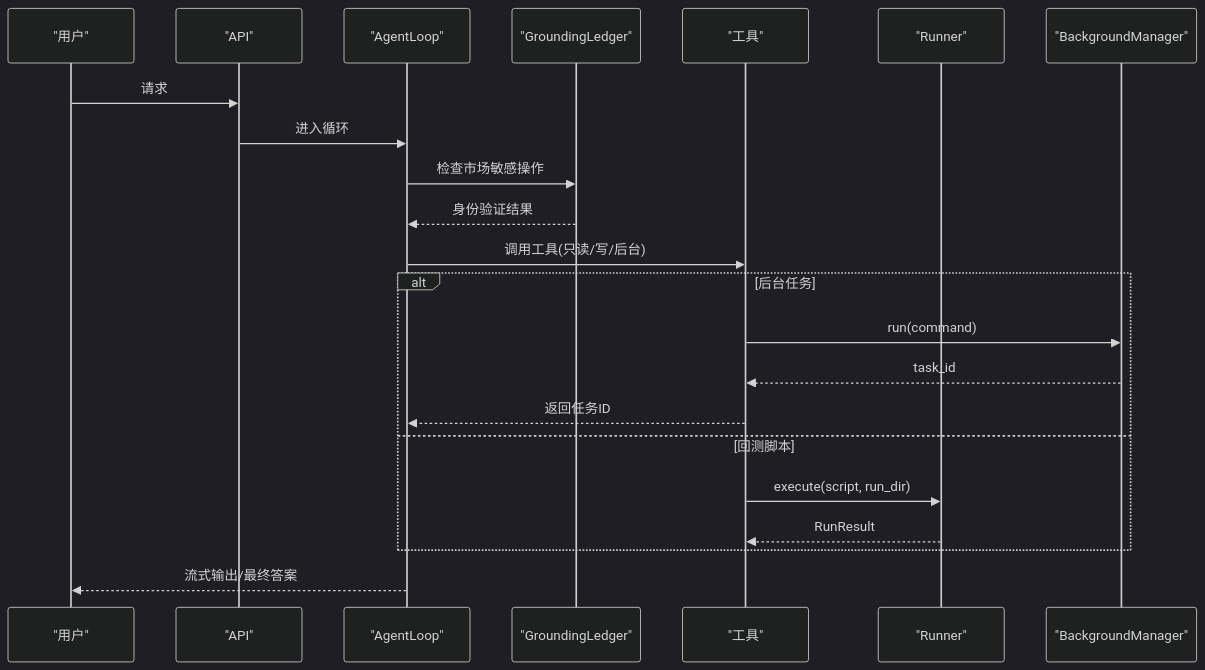
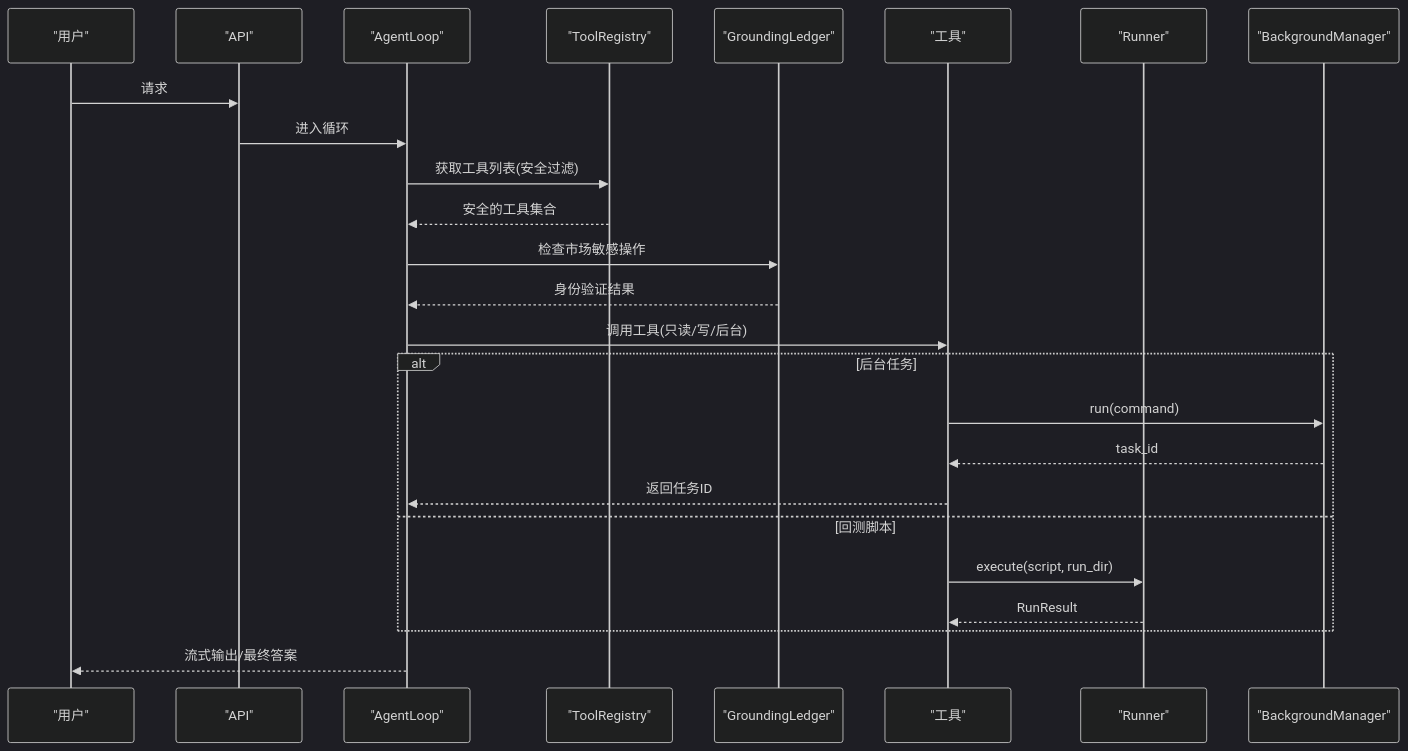
The tenth of 10 diagrams in .qoder/repowiki/zh/content/项目概述/核心功能特性/AI代理系统/工具系统/工具执行框架.md (20012002er/Vibe-Trading), drawn with Mermaid (dark theme) before and after one commit. The commit also changed other lines of this file and 6 other files, not shown here.

````diff
--- a/.qoder/repowiki/zh/content/项目概述/核心功能特性/AI代理系统/工具系统/工具执行框架.md
+++ b/.qoder/repowiki/zh/content/项目概述/核心功能特性/AI代理系统/工具系统/工具执行框架.md
@@ -443,24 +497,27 @@
 ```mermaid
 sequenceDiagram
 participant U as "用户"
 participant A as "API"
 participant L as "AgentLoop"
+participant R as "ToolRegistry"
 participant GL as "GroundingLedger"
 participant T as "工具"
-participant R as "Runner"
+participant Run as "Runner"
 participant B as "BackgroundManager"
 U->>A : 请求
 A->>L : 进入循环
+L->>R : 获取工具列表(安全过滤)
+R-->>L : 安全的工具集合
 L->>GL : 检查市场敏感操作
 GL-->>L : 身份验证结果
 L->>T : 调用工具(只读/写/后台)
 alt 后台任务
 T->>B : run(command)
 B-->>T : task_id
 T-->>L : 返回任务ID
 else 回测脚本
-T->>R : execute(script, run_dir)
-R-->>T : RunResult
+T->>Run : execute(script, run_dir)
+Run-->>T : RunResult
 end
 L-->>U : 流式输出/最终答案
 ```
````
